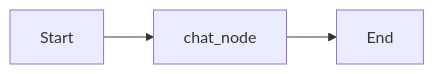
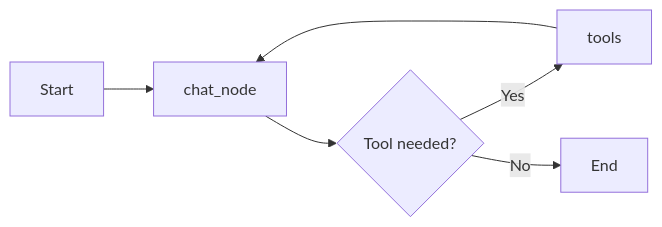
One commit to atirek-pro/Langgraph-Tutorial changed the diagram in Chatbot Projects/chatbot-features.md. Above: the diagram before and after it, drawn with Mermaid. The commit also changed other lines of this file and 3 other files, not shown here.

````diff
--- a/Chatbot Projects/chatbot-features.md
+++ b/Chatbot Projects/chatbot-features.md
@@ -258,5 +286,8 @@
 ```mermaid
 flowchart LR
     A[Start] --> B[chat_node]
-    B --> C[End]
+    B --> C{Tool needed?}
+    C -->|Yes| D[tools]
+    D --> B
+    C -->|No| E[End]
 ```
````
